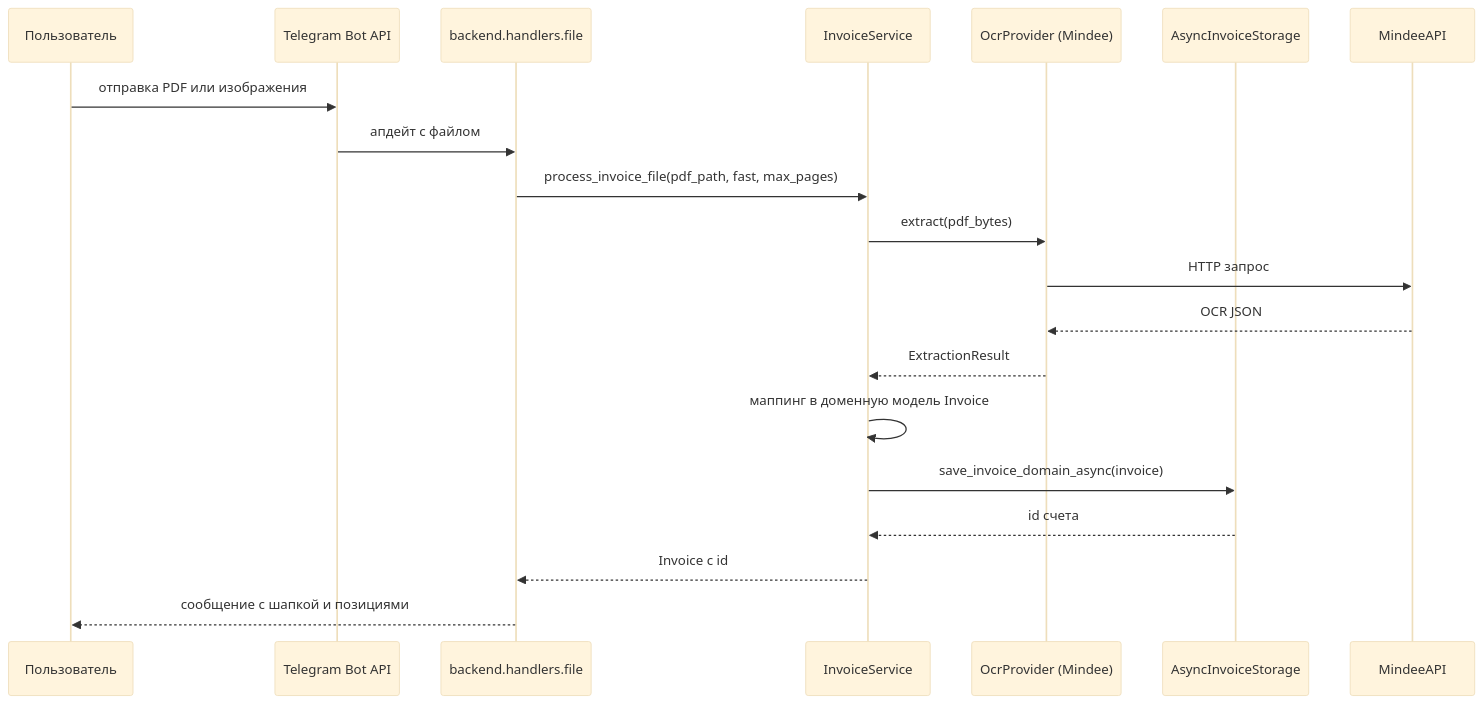
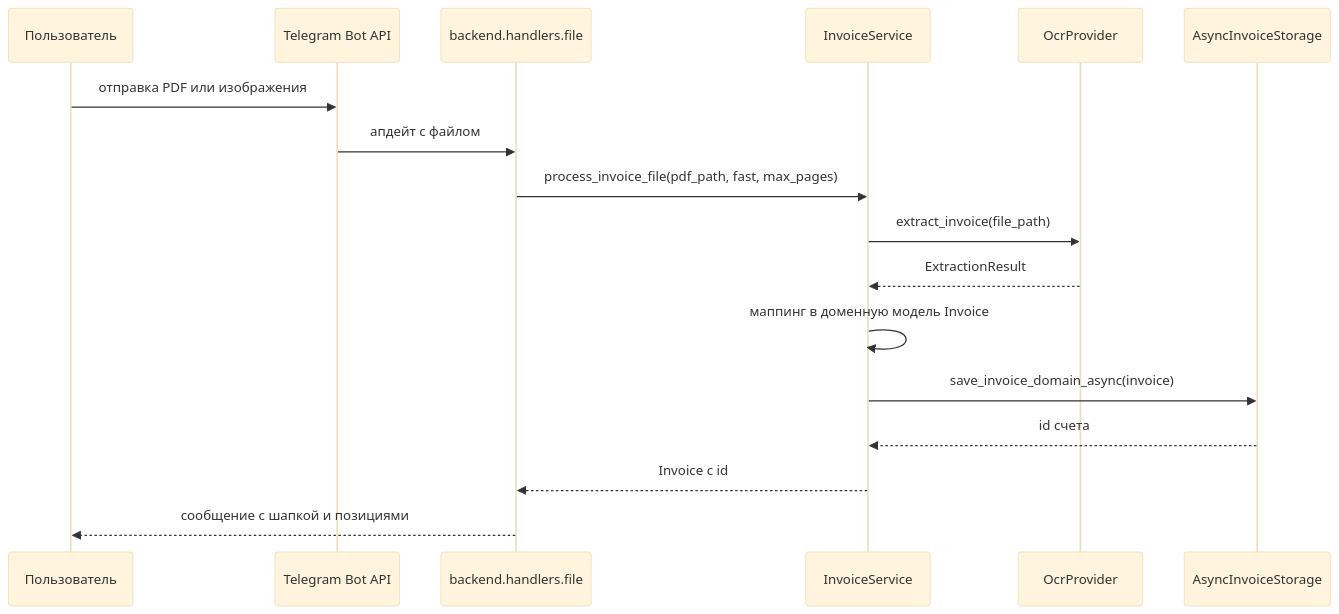
Before and after one commit to AmaLS367/InvoiceFlowBot: the second of 2 diagrams in docs/ru/architecture.md, drawn with Mermaid (base theme). The commit also changed other lines of this file and 36 other files, not shown here.

````diff
--- a/docs/ru/architecture.md
+++ b/docs/ru/architecture.md
@@ -66,22 +67,20 @@
 ```mermaid
 sequenceDiagram
     participant User as Пользователь
     participant TG as Telegram Bot API
     participant H as backend.handlers.file
     participant S as InvoiceService
-    participant O as OcrProvider (Mindee)
+    participant O as OcrProvider
     participant ST as AsyncInvoiceStorage
 
     User->>TG: отправка PDF или изображения
     TG->>H: апдейт с файлом
     H->>S: process_invoice_file(pdf_path, fast, max_pages)
-    S->>O: extract(pdf_bytes)
-    O->>MindeeAPI: HTTP запрос
-    MindeeAPI-->>O: OCR JSON
+    S->>O: extract_invoice(file_path)
     O-->>S: ExtractionResult
     S->>S: маппинг в доменную модель Invoice
     S->>ST: save_invoice_domain_async(invoice)
     ST-->>S: id счета
     S-->>H: Invoice с id
     H-->>User: сообщение с шапкой и позициями
 ```
````
